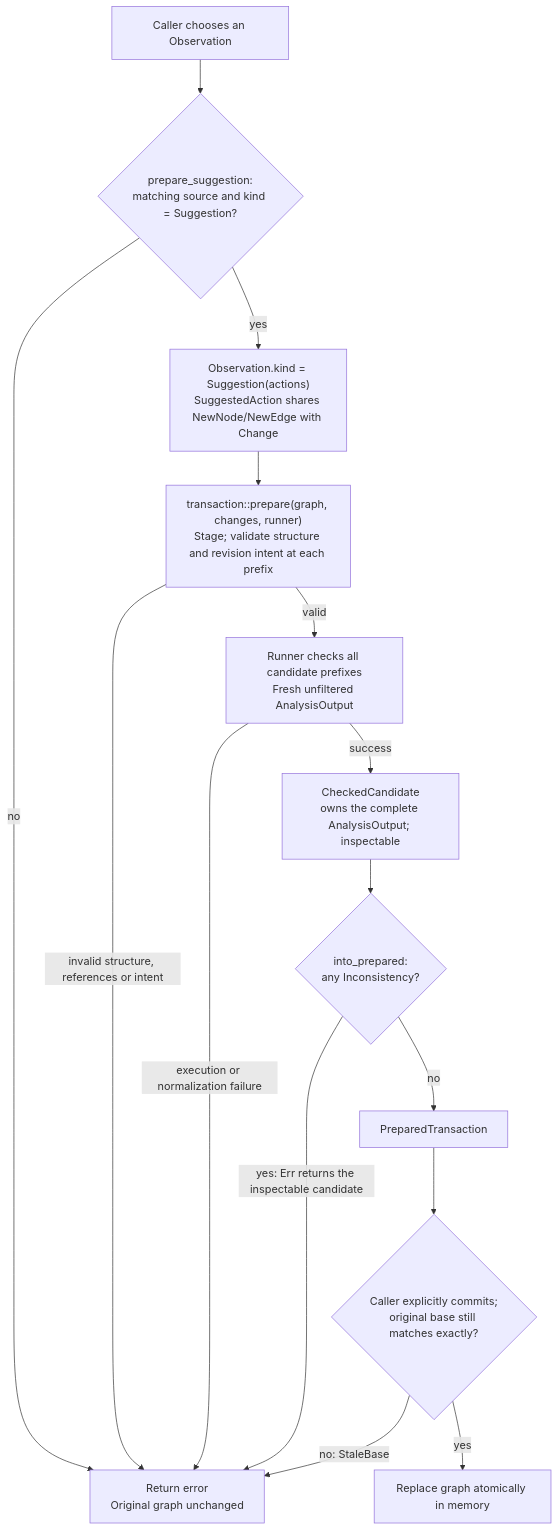
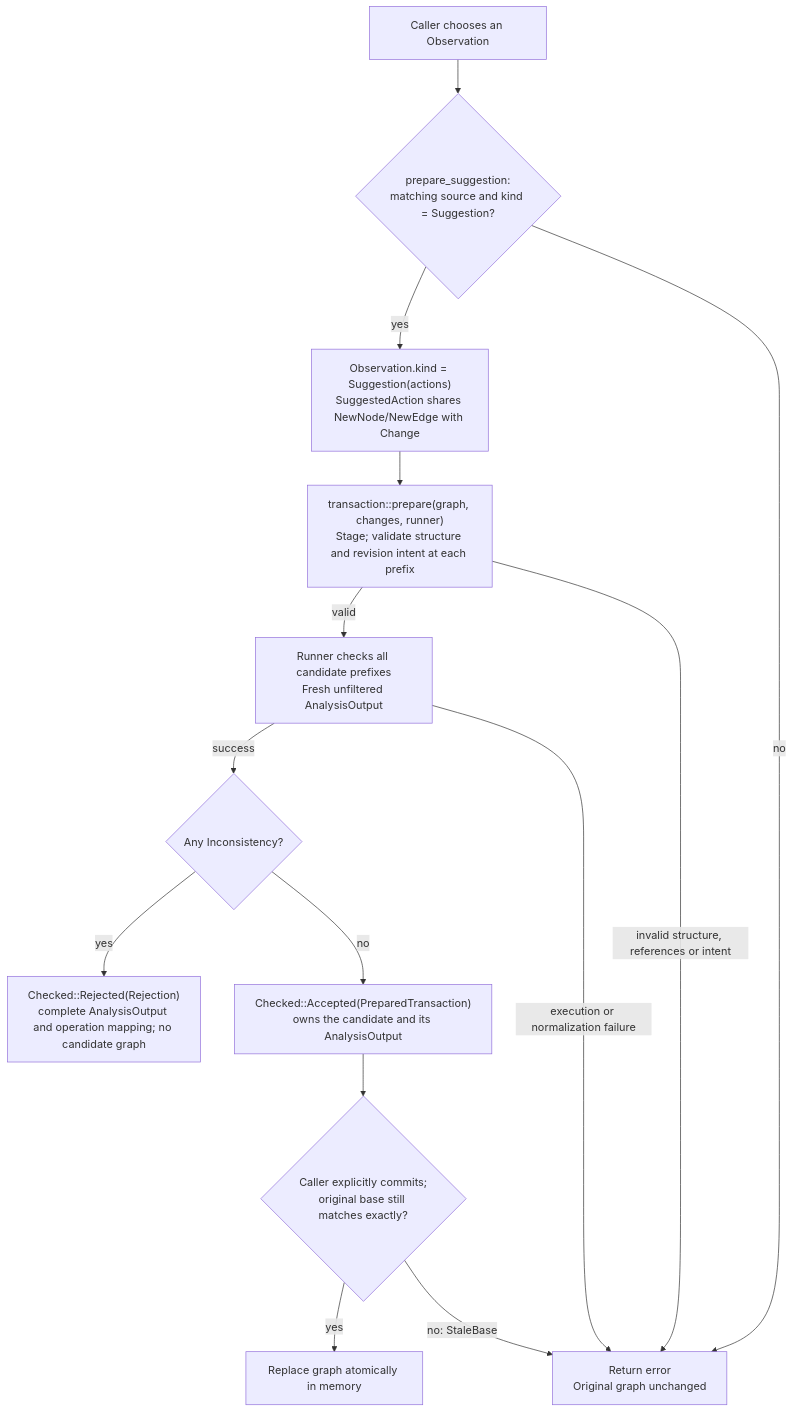
The third of 3 diagrams in docs/MESSAGES.md (RezaOnGithub/lifecore), drawn with Mermaid before and after one commit. The commit also changed 14 other files, not shown here.

````diff
--- a/docs/MESSAGES.md
+++ b/docs/MESSAGES.md
@@ -187,26 +187,26 @@
 ```mermaid
 flowchart TD
     O["Caller chooses an Observation"]
     S{"prepare_suggestion:<br/>matching source and kind = Suggestion?"}
     A["Observation.kind = Suggestion(actions)<br/>SuggestedAction shares NewNode/NewEdge with Change"]
     P["transaction::prepare(graph, changes, runner)<br/>Stage; validate structure and revision intent at each prefix"]
     R["Runner checks all candidate prefixes<br/>Fresh unfiltered AnalysisOutput"]
-    K["CheckedCandidate<br/>owns the complete AnalysisOutput; inspectable"]
-    G{"into_prepared:<br/>any Inconsistency?"}
-    T["PreparedTransaction"]
+    G{"Any Inconsistency?"}
+    J["Checked::Rejected(Rejection)<br/>complete AnalysisOutput and operation mapping; no candidate graph"]
+    T["Checked::Accepted(PreparedTransaction)<br/>owns the candidate and its AnalysisOutput"]
     C{"Caller explicitly commits;<br/>original base still matches exactly?"}
     OK["Replace graph atomically in memory"]
     E["Return error<br/>Original graph unchanged"]
 
     O --> S
     S -->|yes| A --> P
     S -->|no| E
     P -->|valid| R
     P -->|invalid structure, references or intent| E
-    R -->|success| K --> G
+    R -->|success| G
     R -->|execution or normalization failure| E
-    G -->|yes: Err returns the inspectable candidate| E
+    G -->|yes| J
     G -->|no| T --> C
     C -->|yes| OK
     C -->|no: StaleBase| E
 ```
````
